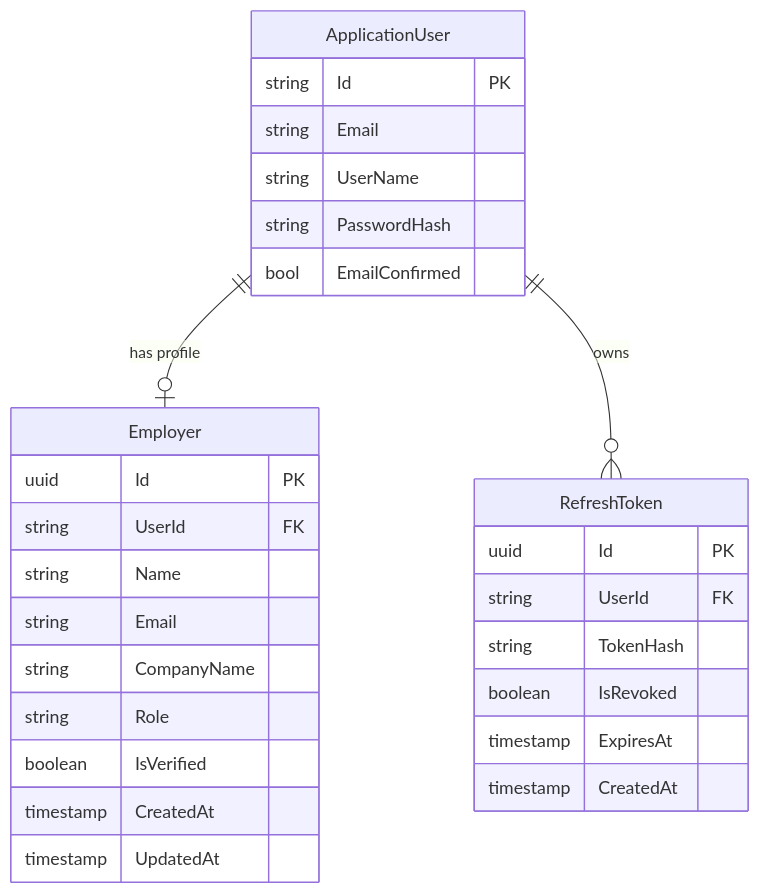
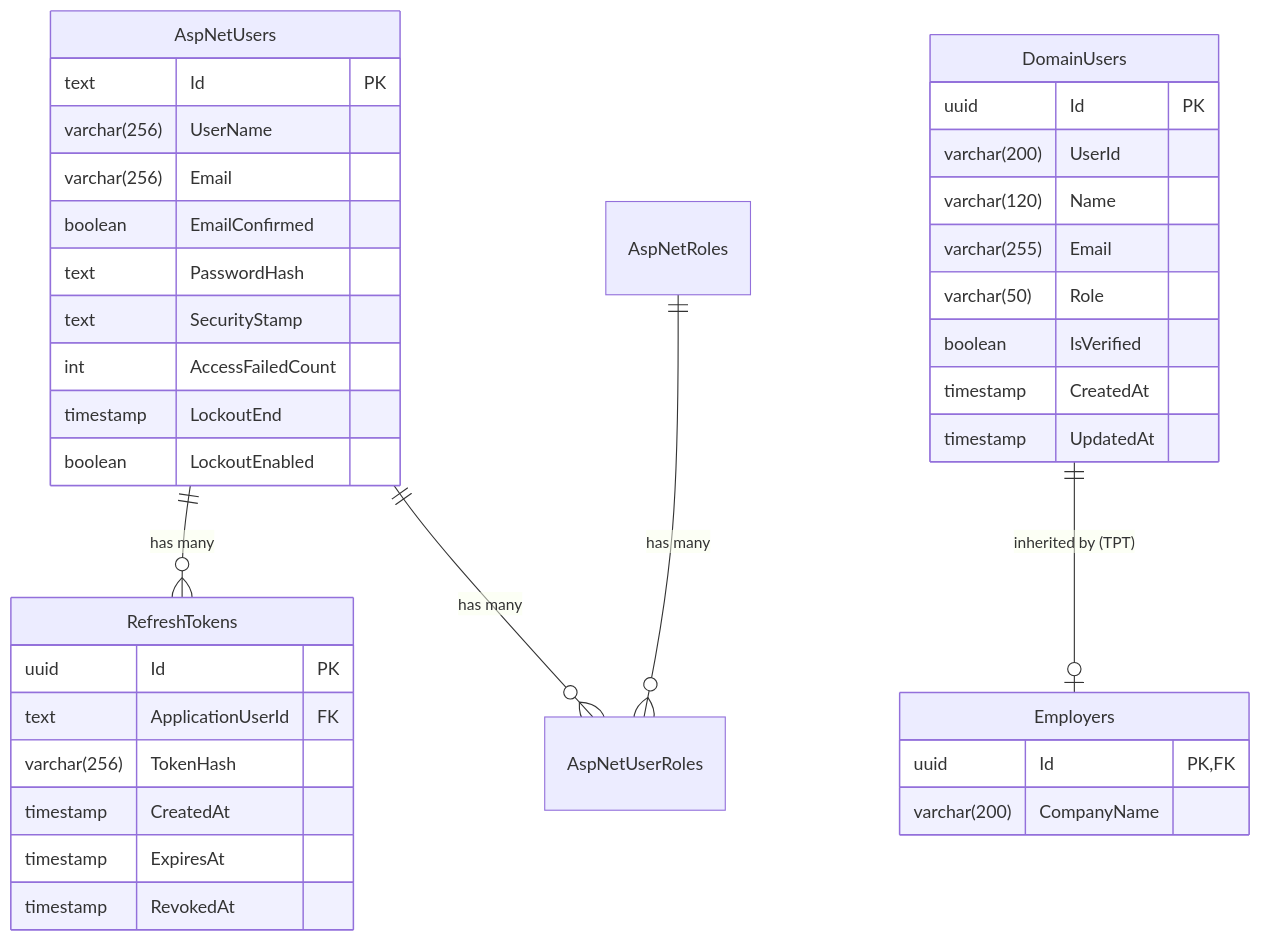
One commit to MehedisCode/talentX.backend changed the diagram in docs/database/schema.md. Above: the diagram before and after it, drawn with Mermaid. The commit also changed other lines of this file and 12 other files, not shown here.

````diff
--- a/docs/database/schema.md
+++ b/docs/database/schema.md
@@ -9,34 +9,44 @@
 ```mermaid
 erDiagram
-    ApplicationUser ||--o| Employer : "has profile"
-    ApplicationUser ||--o{ RefreshToken : "owns"
-
-    ApplicationUser {
-        string Id PK
-        string Email
-        string UserName
-        string PasswordHash
-        bool EmailConfirmed
-    }
-
-    Employer {
+    AspNetUsers ||--o{ RefreshTokens : "has many"
+    AspNetUsers ||--o{ AspNetUserRoles : "has many"
+    AspNetRoles ||--o{ AspNetUserRoles : "has many"
+    DomainUsers ||--o| Employers : "inherited by (TPT)"
+    
+    DomainUsers {
         uuid Id PK
-        string UserId FK
-        string Name
-        string Email
-        string CompanyName
-        string Role
+        varchar(200) UserId
+        varchar(120) Name
+        varchar(255) Email
+        varchar(50) Role
         boolean IsVerified
         timestamp CreatedAt
         timestamp UpdatedAt
     }
+    
+    Employers {
+        uuid Id PK, FK
+        varchar(200) CompanyName
+    }
 
-    RefreshToken {
+    AspNetUsers {
+        text Id PK
+        varchar(256) UserName
+        varchar(256) Email
+        boolean EmailConfirmed
+        text PasswordHash
+        text SecurityStamp
+        int AccessFailedCount
+        timestamp LockoutEnd
+        boolean LockoutEnabled
+    }
+
+    RefreshTokens {
         uuid Id PK
-        string UserId FK
-        string TokenHash
-        boolean IsRevoked
+        text ApplicationUserId FK
+        varchar(256) TokenHash
+        timestamp CreatedAt
         timestamp ExpiresAt
-        timestamp CreatedAt
+        timestamp RevokedAt
     }
 ```
````
